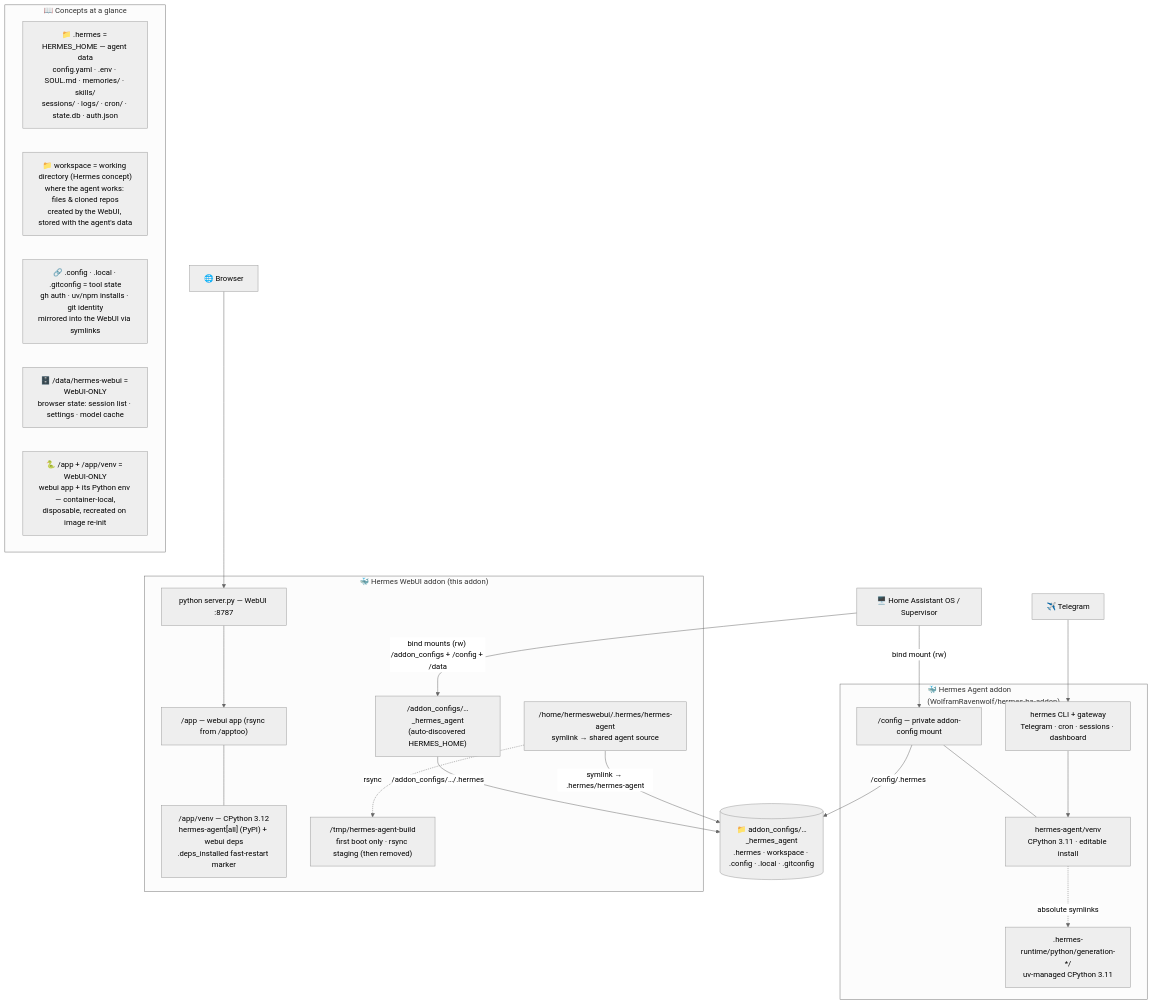
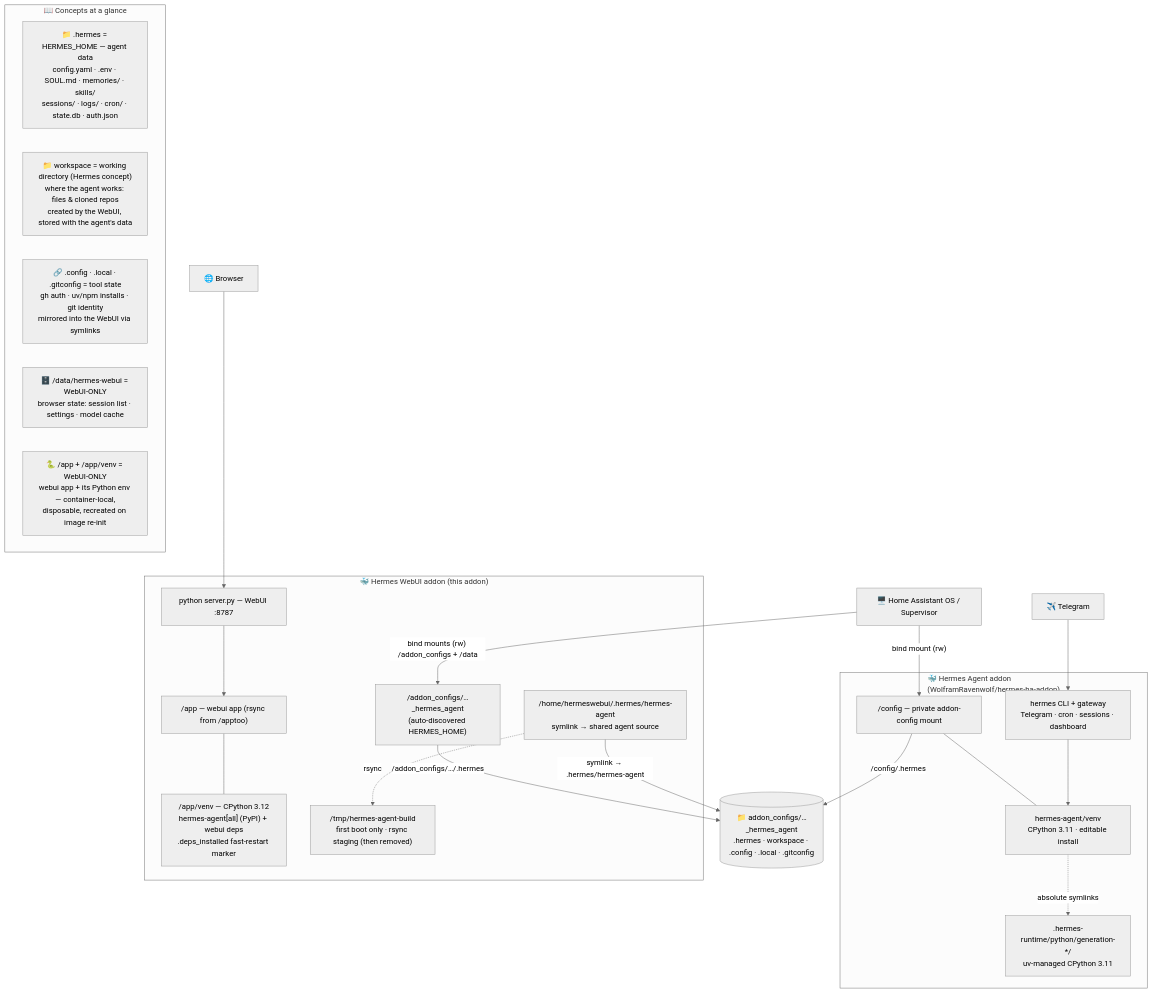
Before and after one commit to AmineDjeghri/ha-addons: the diagram in addons/hermes-webui/README.md, drawn with Mermaid (neutral theme). The commit also changed other lines of this file and 2 other files, not shown here.

Commit message:
fix(hermes-webui): drop HA Core config mount and expose the venv CLI (#12)

````diff
--- a/addons/hermes-webui/README.md
+++ b/addons/hermes-webui/README.md
@@ -35,43 +35,43 @@
 ```mermaid
 flowchart TD
     HA["🖥️ Home Assistant OS / Supervisor"]
     BROWSER["🌐 Browser"] --> WEBUI_SRV
     TG["✈️ Telegram"] --> AGENT_PROC
     SHARED[("📁 addon_configs/…_hermes_agent<br/>.hermes · workspace · .config · .local · .gitconfig")]
 
     subgraph AGENT["🐳 Hermes Agent addon<br/>(WolframRavenwolf/hermes-ha-addon)"]
         A_HOME["/config — private addon-config mount"]
         A_VENV["hermes-agent/venv<br/>CPython 3.11 · editable install"]
         A_RUNTIME[".hermes-runtime/python/generation-*/<br/>uv-managed CPython 3.11"]
         AGENT_PROC["hermes CLI + gateway<br/>Telegram · cron · sessions · dashboard"]
         A_HOME --- A_VENV
         A_VENV -. absolute symlinks .-> A_RUNTIME
         AGENT_PROC --> A_VENV
     end
 
     subgraph WEBUI["🐳 Hermes WebUI addon (this addon)"]
         W_HOME["/addon_configs/…_hermes_agent<br/>(auto-discovered HERMES_HOME)"]
         W_APP["/app — webui app (rsync from /apptoo)"]
         W_VENV["/app/venv — CPython 3.12<br/>hermes-agent[all] (PyPI) + webui deps<br/>.deps_installed fast-restart marker"]
         W_SRC["/home/hermeswebui/.hermes/hermes-agent<br/>symlink → shared agent source"]
         W_TMP["/tmp/hermes-agent-build<br/>first boot only · rsync staging (then removed)"]
         WEBUI_SRV["python server.py — WebUI :8787"]
         W_APP --- W_VENV
         WEBUI_SRV --> W_APP
         W_SRC -. rsync .-> W_TMP
     end
 
     HA -- "bind mount (rw)" --> A_HOME
-    HA -- "bind mounts (rw) /addon_configs + /config + /data" --> W_HOME
+    HA -- "bind mounts (rw) /addon_configs + /data" --> W_HOME
     A_HOME -- "/config/.hermes" --> SHARED
     W_HOME -- "/addon_configs/…/.hermes" --> SHARED
     W_SRC -- "symlink → .hermes/hermes-agent" --> SHARED
 
     subgraph LEGEND["📖 Concepts at a glance"]
         L1["📁 .hermes = HERMES_HOME — agent data<br/>config.yaml · .env · SOUL.md · memories/ · skills/<br/>sessions/ · logs/ · cron/ · state.db · auth.json"]
         L2["📁 workspace = working directory (Hermes concept)<br/>where the agent works: files & cloned repos<br/>created by the WebUI, stored with the agent's data"]
         L3["🔗 .config · .local · .gitconfig = tool state<br/>gh auth · uv/npm installs · git identity<br/>mirrored into the WebUI via symlinks"]
         L4["🗄️ /data/hermes-webui = WebUI-ONLY<br/>browser state: session list · settings · model cache"]
         L5["🐍 /app + /app/venv = WebUI-ONLY<br/>webui app + its Python env — container-local,<br/>disposable, recreated on image re-init"]
     end
 ```
````
